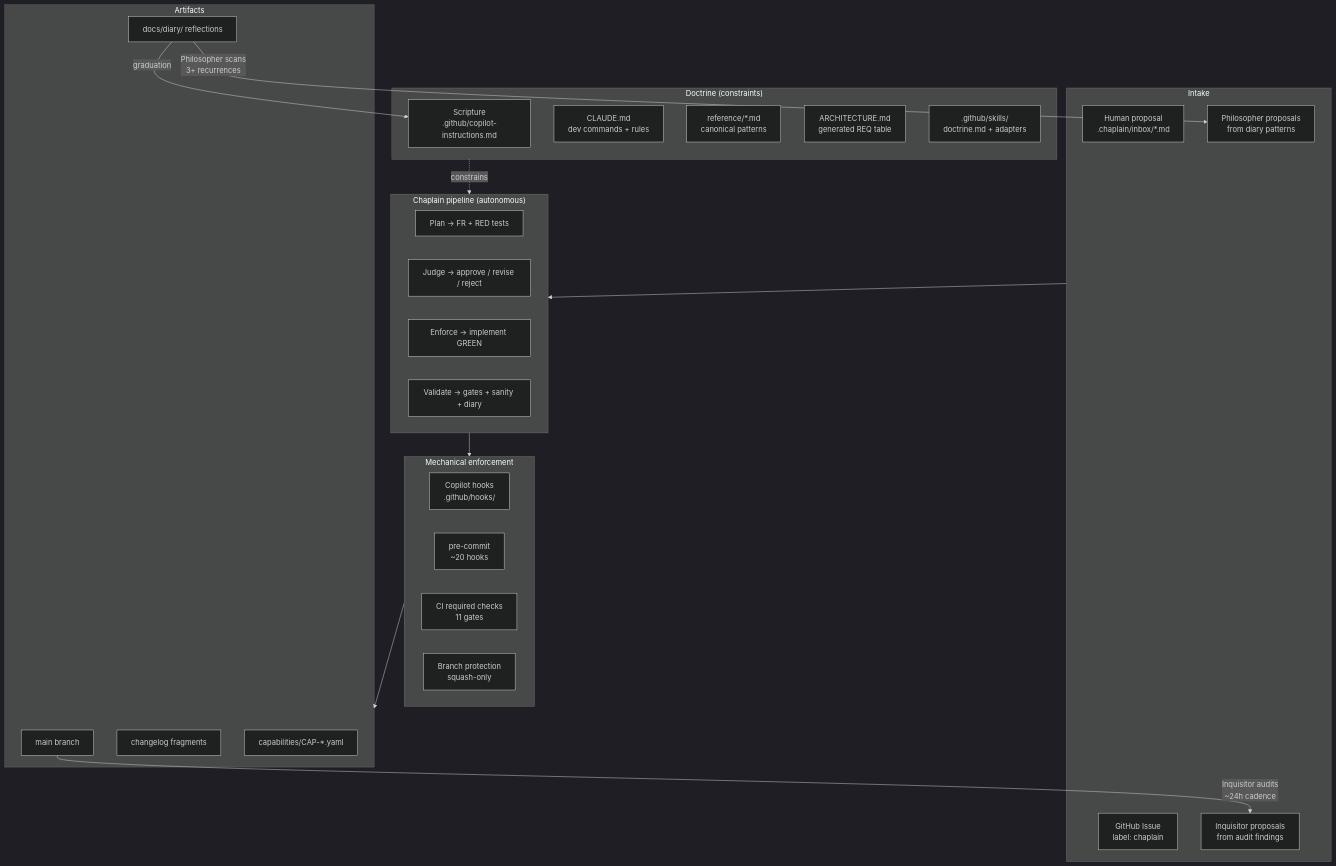
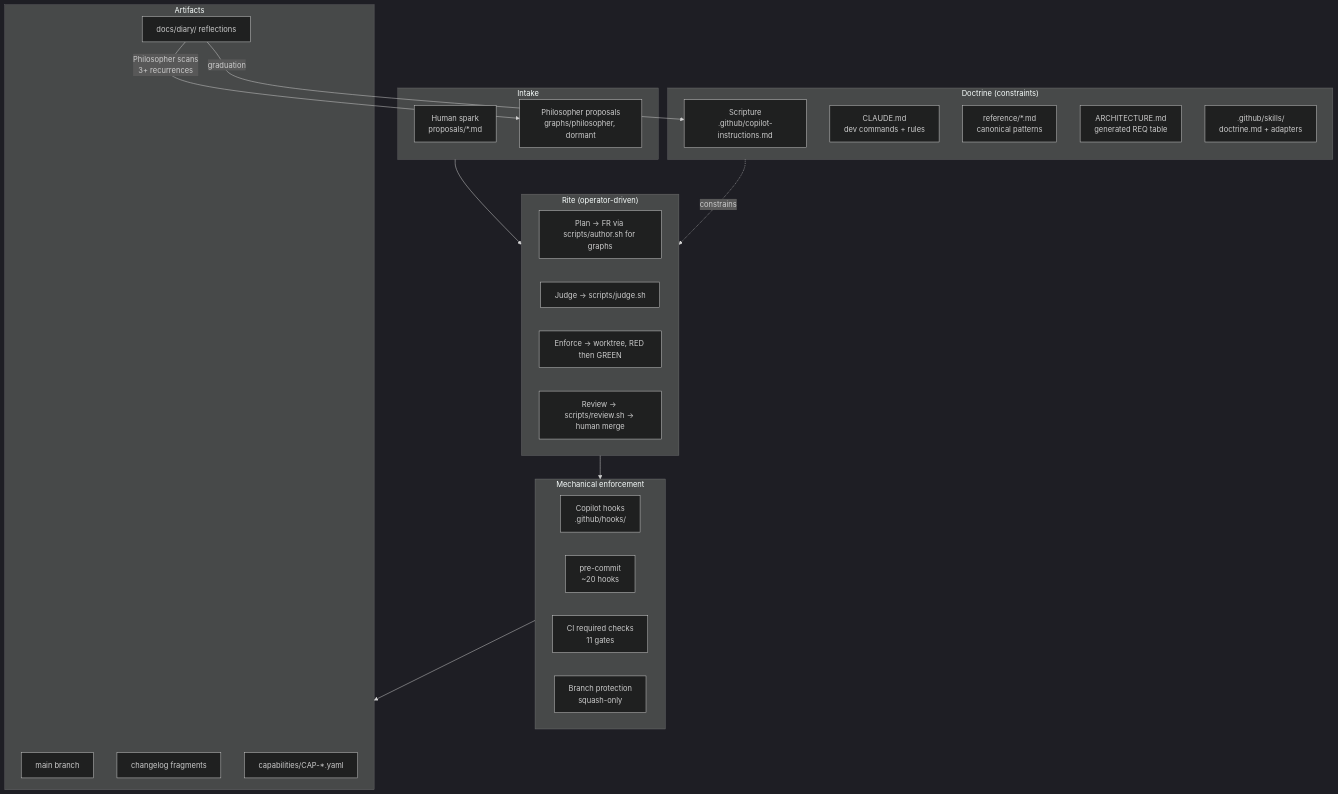
Before and after one commit to sheikkinen/yamlgraph: the first of 4 diagrams in docs/development-process.md, drawn with Mermaid (dark theme). The commit also changed other lines of this file and 17 other files, not shown here.

First line of the commit message:
docs(doctrine): FR-1019 doctrine and reference sweep after Chaplain removal (Phase 3 of FR-1010) (#632)

````diff
--- a/docs/development-process.md
+++ b/docs/development-process.md
@@ -21,46 +21,43 @@
 ```mermaid
 flowchart TB
     subgraph INTAKE["Intake"]
-        H[Human proposal<br/>.chaplain/inbox/*.md]
-        GH[GitHub Issue<br/>label: chaplain]
-        PH[Philosopher proposals<br/>from diary patterns]
-        IQ[Inquisitor proposals<br/>from audit findings]
+        H[Human spark<br/>proposals/*.md]
+        PH[Philosopher proposals<br/>graphs/philosopher, dormant]
     end
 
     subgraph DOCTRINE["Doctrine (constraints)"]
         S[Scripture<br/>.github/copilot-instructions.md]
         C[CLAUDE.md<br/>dev commands + rules]
         R[reference/*.md<br/>canonical patterns]
         A[ARCHITECTURE.md<br/>generated REQ table]
         SK[.github/skills/<br/>doctrine.md + adapters]
     end
 
-    subgraph PIPELINE["Chaplain pipeline (autonomous)"]
-        P[Plan → FR + RED tests]
-        J[Judge → approve / revise / reject]
-        E[Enforce → implement GREEN]
-        V[Validate → gates + sanity + diary]
+    subgraph RITE["Rite (operator-driven)"]
+        P[Plan → FR via scripts/author.sh for graphs]
+        J[Judge → scripts/judge.sh]
+        E[Enforce → worktree, RED then GREEN]
+        V[Review → scripts/review.sh → human merge]
     end
 
     subgraph GATES["Mechanical enforcement"]
         HK[Copilot hooks<br/>.github/hooks/]
         PC[pre-commit<br/>~20 hooks]
         CI[CI required checks<br/>11 gates]
         BP[Branch protection<br/>squash-only]
     end
 
     subgraph OUTPUT["Artifacts"]
         M[main branch]
         CL[changelog fragments]
         D[docs/diary/ reflections]
         CAP[capabilities/CAP-*.yaml]
     end
 
-    INTAKE --> PIPELINE
-    DOCTRINE -.constrains.-> PIPELINE
-    PIPELINE --> GATES
+    INTAKE --> RITE
+    DOCTRINE -.constrains.-> RITE
+    RITE --> GATES
     GATES --> OUTPUT
     D -->|Philosopher scans<br/>3+ recurrences| PH
-    M -->|Inquisitor audits<br/>~24h cadence| IQ
     D -->|graduation| S
 ```
````
